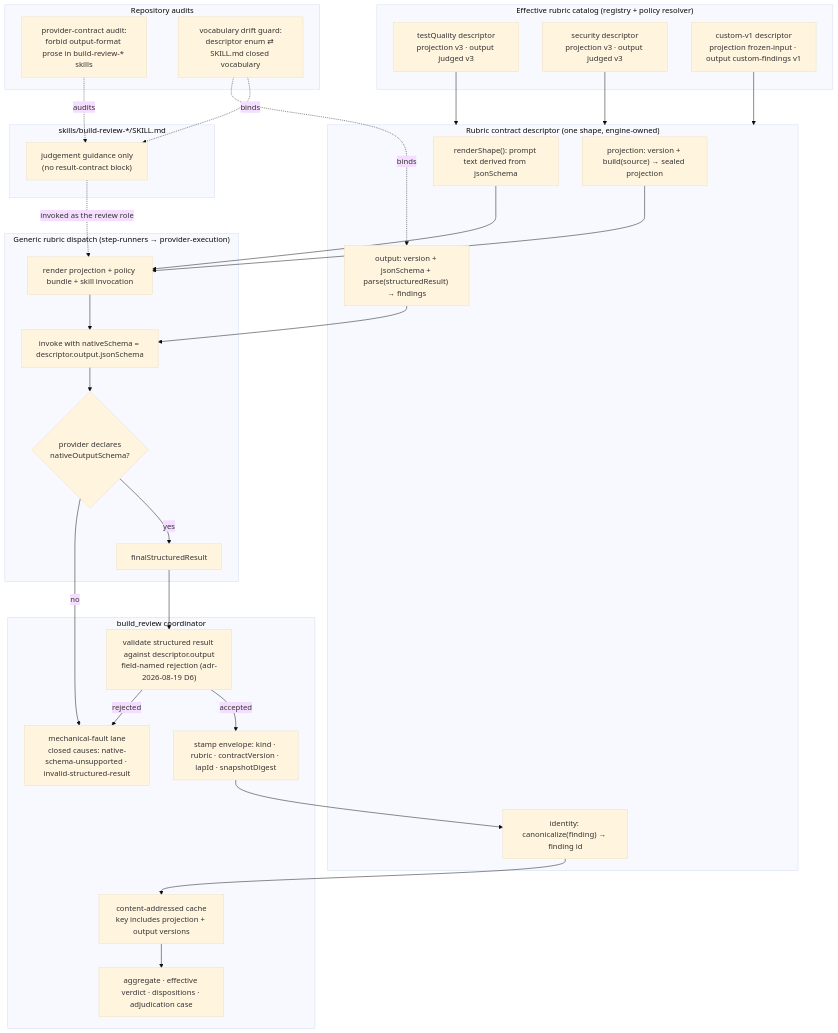
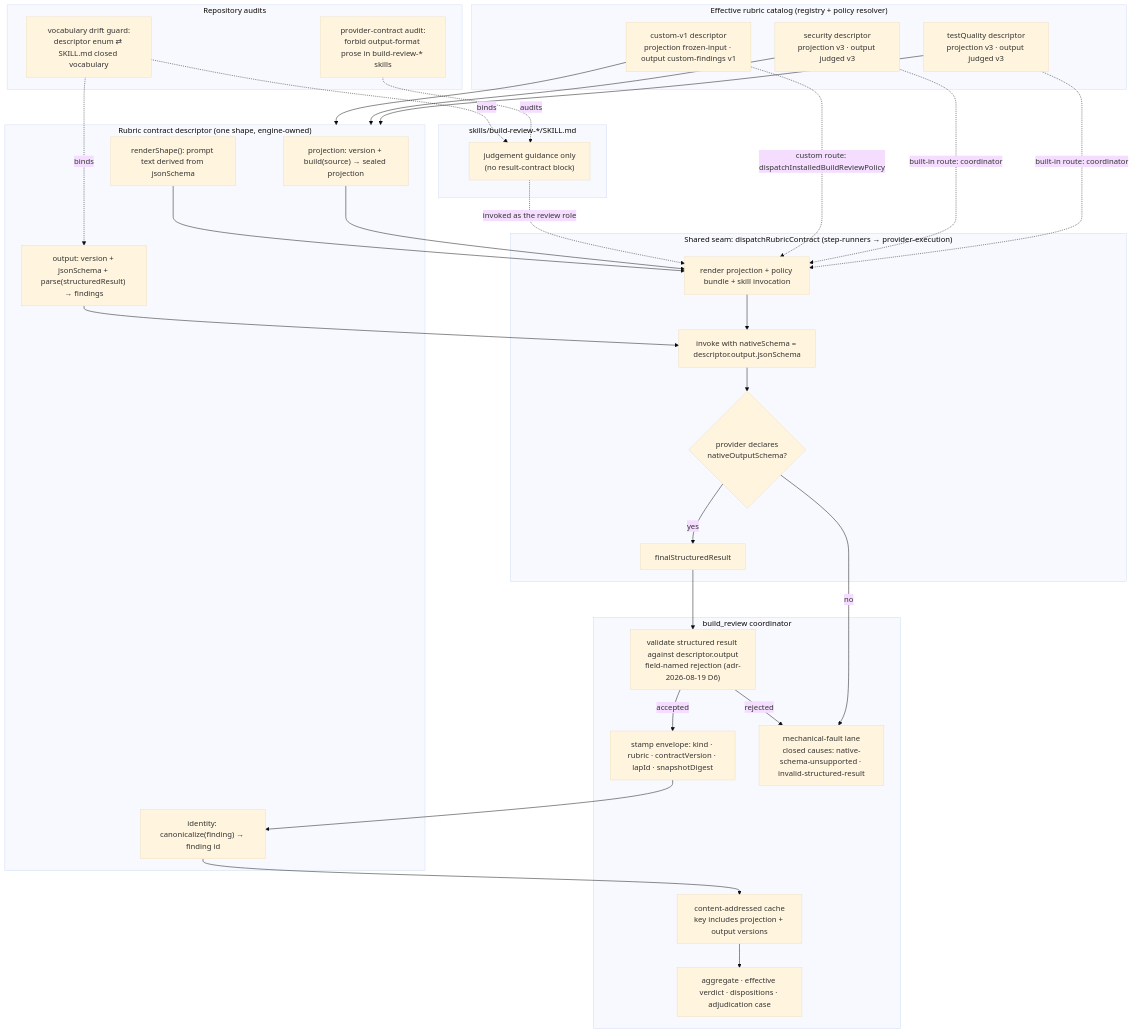
The diagram in .docs/architecture/build-review-rubric-findings-arrive-as-typed-struc.md (jstoup111/ai-conductor), drawn with Mermaid (base theme) before and after one commit. The commit also changed other lines of this file and 2 other files, not shown here.

First line of the commit message:
docs(adr): D1.3 names dispatchRubricContract as the shared build_review dispatch seam

````diff
--- a/.docs/architecture/build-review-rubric-findings-arrive-as-typed-struc.md
+++ b/.docs/architecture/build-review-rubric-findings-arrive-as-typed-struc.md
@@ -12,60 +12,63 @@
 ```mermaid
 graph TD
     subgraph Catalog["Effective rubric catalog (registry + policy resolver)"]
         TQ["testQuality descriptor<br/>projection v3 · output judged v3"]
         SEC["security descriptor<br/>projection v3 · output judged v3"]
         CUS["custom-v1 descriptor<br/>projection frozen-input · output custom-findings v1"]
     end
 
     subgraph Descriptor["Rubric contract descriptor (one shape, engine-owned)"]
         PROJ["projection: version + build(source) → sealed projection"]
         OUT["output: version + jsonSchema + parse(structuredResult) → findings"]
         IDENT["identity: canonicalize(finding) → finding id"]
         SHAPE["renderShape(): prompt text derived from jsonSchema"]
     end
 
-    subgraph Dispatch["Generic rubric dispatch (step-runners → provider-execution)"]
+    subgraph Dispatch["Shared seam: dispatchRubricContract (step-runners → provider-execution)"]
         RENDER["render projection + policy bundle + skill invocation"]
         REQ["invoke with nativeSchema = descriptor.output.jsonSchema"]
         CAP{"provider declares<br/>nativeOutputSchema?"}
         SR["finalStructuredResult"]
     end
 
     subgraph Coordinator["build_review coordinator"]
         VAL["validate structured result against descriptor.output<br/>field-named rejection (adr-2026-08-19 D6)"]
         STAMP["stamp envelope: kind · rubric · contractVersion · lapId · snapshotDigest"]
         FAULT["mechanical-fault lane<br/>closed causes: native-schema-unsupported · invalid-structured-result"]
         CACHE["content-addressed cache<br/>key includes projection + output versions"]
         AGG["aggregate · effective verdict · dispositions · adjudication case"]
     end
 
     subgraph Skills["skills/build-review-*/SKILL.md"]
         JUDGE["judgement guidance only<br/>(no result-contract block)"]
     end
 
     subgraph Audits["Repository audits"]
         PCA["provider-contract audit:<br/>forbid output-format prose in build-review-* skills"]
         DRIFT["vocabulary drift guard:<br/>descriptor enum ⇄ SKILL.md closed vocabulary"]
     end
 
     TQ --> Descriptor
     SEC --> Descriptor
     CUS --> Descriptor
+    TQ -. built-in route: coordinator .-> RENDER
+    SEC -. built-in route: coordinator .-> RENDER
+    CUS -. custom route: dispatchInstalledBuildReviewPolicy .-> RENDER
     PROJ --> RENDER
     SHAPE --> RENDER
     OUT --> REQ
     RENDER --> REQ
     REQ --> CAP
     CAP -- no --> FAULT
     CAP -- yes --> SR
     SR --> VAL
     VAL -- rejected --> FAULT
     VAL -- accepted --> STAMP
     STAMP --> IDENT
     IDENT --> CACHE
     CACHE --> AGG
     JUDGE -. invoked as the review role .-> RENDER
     PCA -. audits .-> JUDGE
     DRIFT -. binds .-> OUT
     DRIFT -. binds .-> JUDGE
 ```
````
